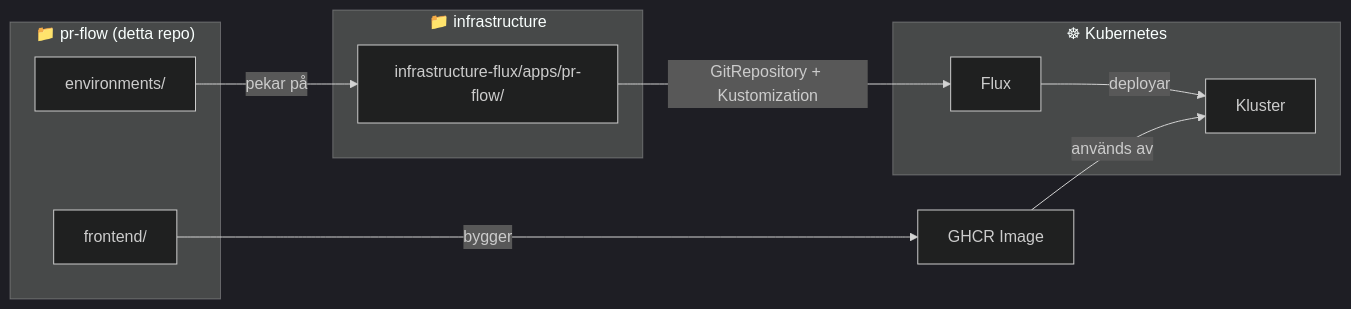
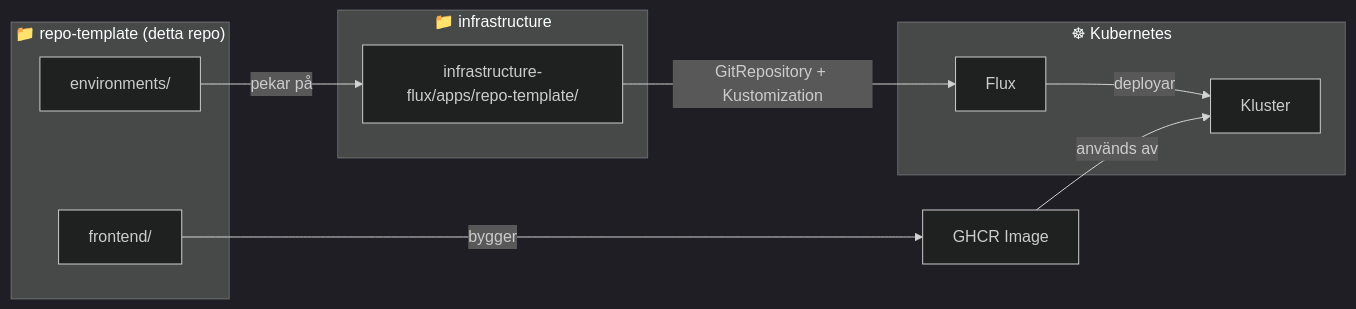
One commit to simonbrundin/repo-template changed the second of 5 diagrams in README.md. Above: the diagram before and after it, drawn with Mermaid (dark theme). The commit also changed other lines of this file, not shown here.

Commit message:
docs: update README with repo-template name

````diff
--- a/README.md
+++ b/README.md
@@ -76,23 +76,23 @@
 ```mermaid
 flowchart LR
-    subgraph APP_REPO["📁 pr-flow (detta repo)"]
+    subgraph APP_REPO["📁 repo-template (detta repo)"]
         CODE["frontend/"]
         MANIFESTS["environments/"]
     end
 
     subgraph INFRA_REPO["📁 infrastructure"]
-        FLUX_CONFIG["infrastructure-flux/apps/pr-flow/"]
+        FLUX_CONFIG["infrastructure-flux/apps/repo-template/"]
     end
 
     subgraph K8S["☸ Kubernetes"]
         FLUX["Flux"]
         CLUSTER["Kluster"]
     end
 
     CODE -->|bygger| IMAGE
     IMAGE["GHCR Image"]
     MANIFESTS -->|pekar på| FLUX_CONFIG
     FLUX_CONFIG -->|GitRepository + Kustomization| FLUX
     FLUX -->|deployar| CLUSTER
     IMAGE -->|används av| CLUSTER
 ```
````
